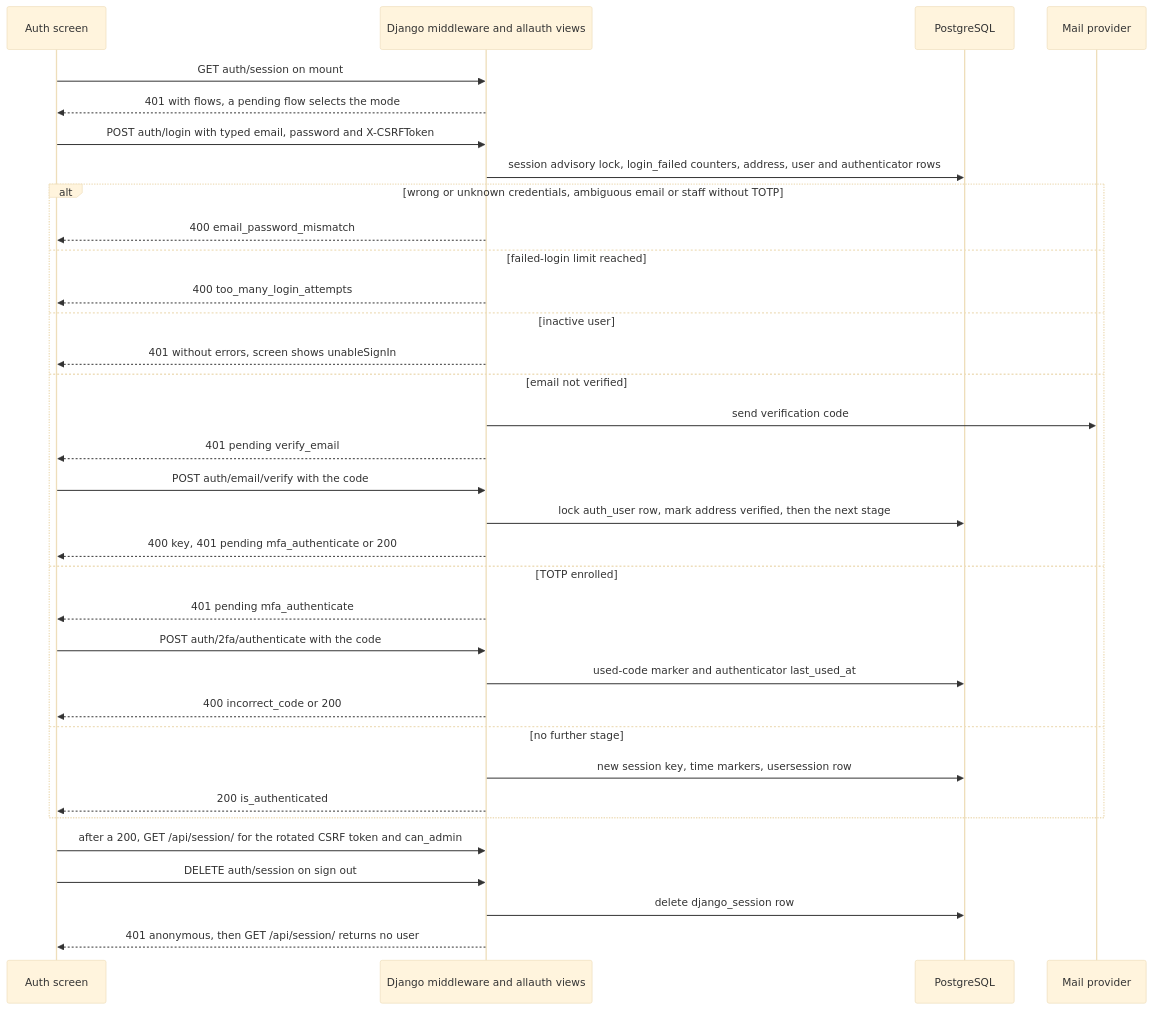
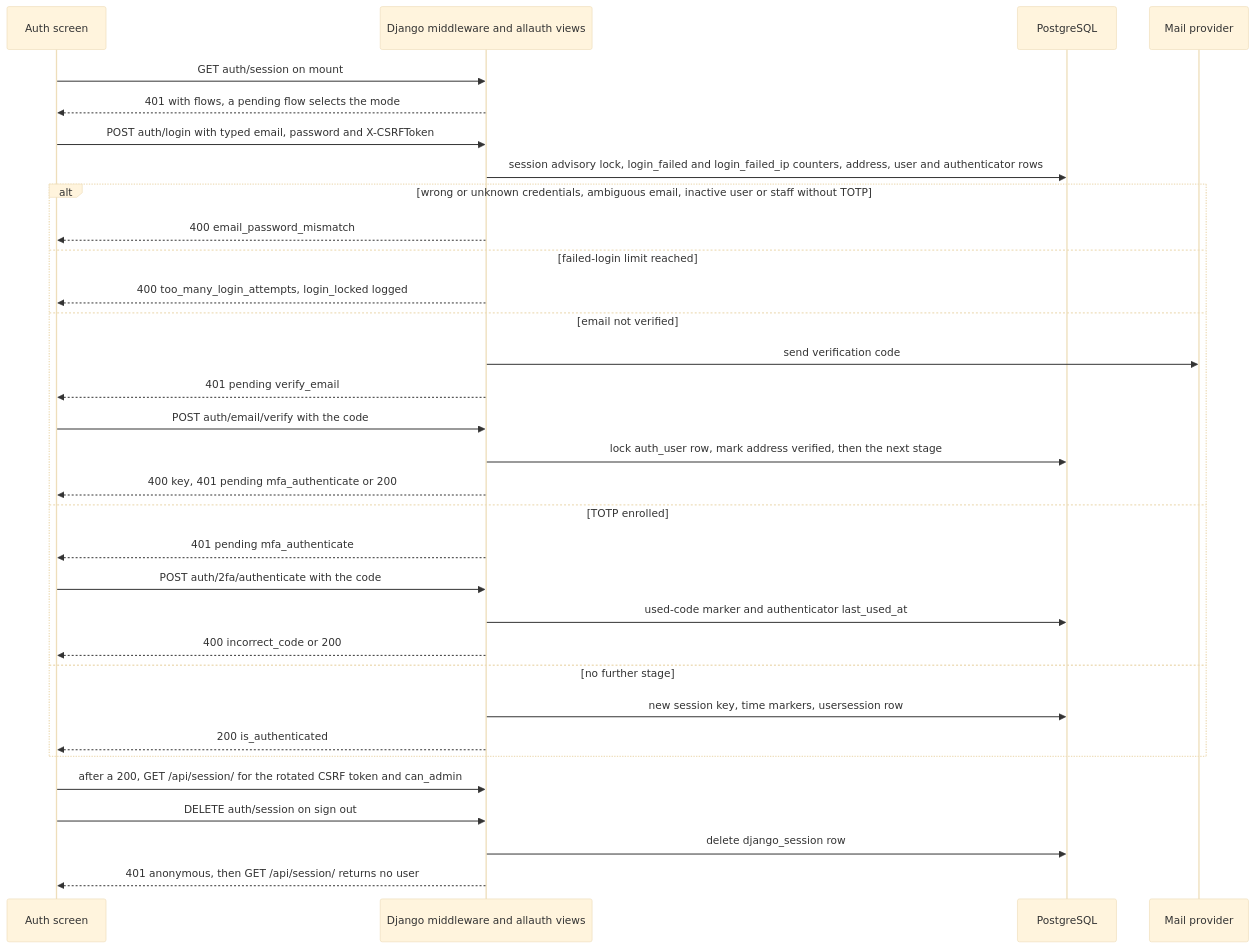
Before and after one commit to erkurtharun/pyracast: the diagram in docs/flows/sign-in-and-sign-out.md, drawn with Mermaid (base theme). The commit also changed other lines of this file and 25 other files, not shown here.

````diff
--- a/docs/flows/sign-in-and-sign-out.md
+++ b/docs/flows/sign-in-and-sign-out.md
@@ -13,36 +13,34 @@
 ```mermaid
 sequenceDiagram
     participant W as Auth screen
     participant API as Django middleware and allauth views
     participant DB as PostgreSQL
     participant M as Mail provider
     W->>API: GET auth/session on mount
     API-->>W: 401 with flows, a pending flow selects the mode
     W->>API: POST auth/login with typed email, password and X-CSRFToken
-    API->>DB: session advisory lock, login_failed counters, address, user and authenticator rows
-    alt wrong or unknown credentials, ambiguous email or staff without TOTP
+    API->>DB: session advisory lock, login_failed and login_failed_ip counters, address, user and authenticator rows
+    alt wrong or unknown credentials, ambiguous email, inactive user or staff without TOTP
         API-->>W: 400 email_password_mismatch
     else failed-login limit reached
-        API-->>W: 400 too_many_login_attempts
-    else inactive user
-        API-->>W: 401 without errors, screen shows unableSignIn
+        API-->>W: 400 too_many_login_attempts, login_locked logged
     else email not verified
         API->>M: send verification code
         API-->>W: 401 pending verify_email
         W->>API: POST auth/email/verify with the code
         API->>DB: lock auth_user row, mark address verified, then the next stage
         API-->>W: 400 key, 401 pending mfa_authenticate or 200
     else TOTP enrolled
         API-->>W: 401 pending mfa_authenticate
         W->>API: POST auth/2fa/authenticate with the code
         API->>DB: used-code marker and authenticator last_used_at
         API-->>W: 400 incorrect_code or 200
     else no further stage
         API->>DB: new session key, time markers, usersession row
         API-->>W: 200 is_authenticated
     end
     W->>API: after a 200, GET /api/session/ for the rotated CSRF token and can_admin
     W->>API: DELETE auth/session on sign out
     API->>DB: delete django_session row
     API-->>W: 401 anonymous, then GET /api/session/ returns no user
 ```
````
